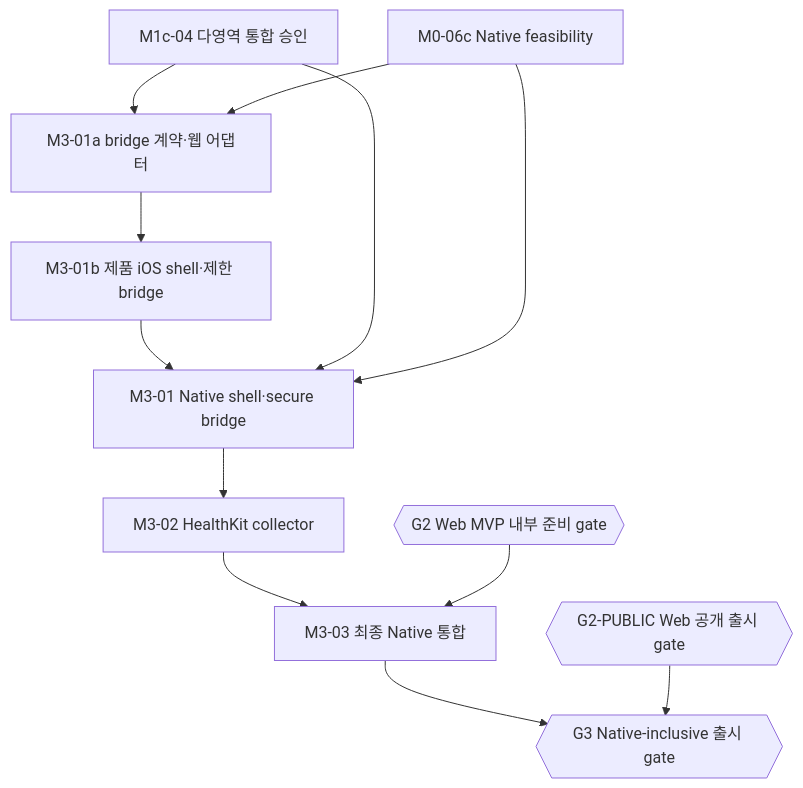
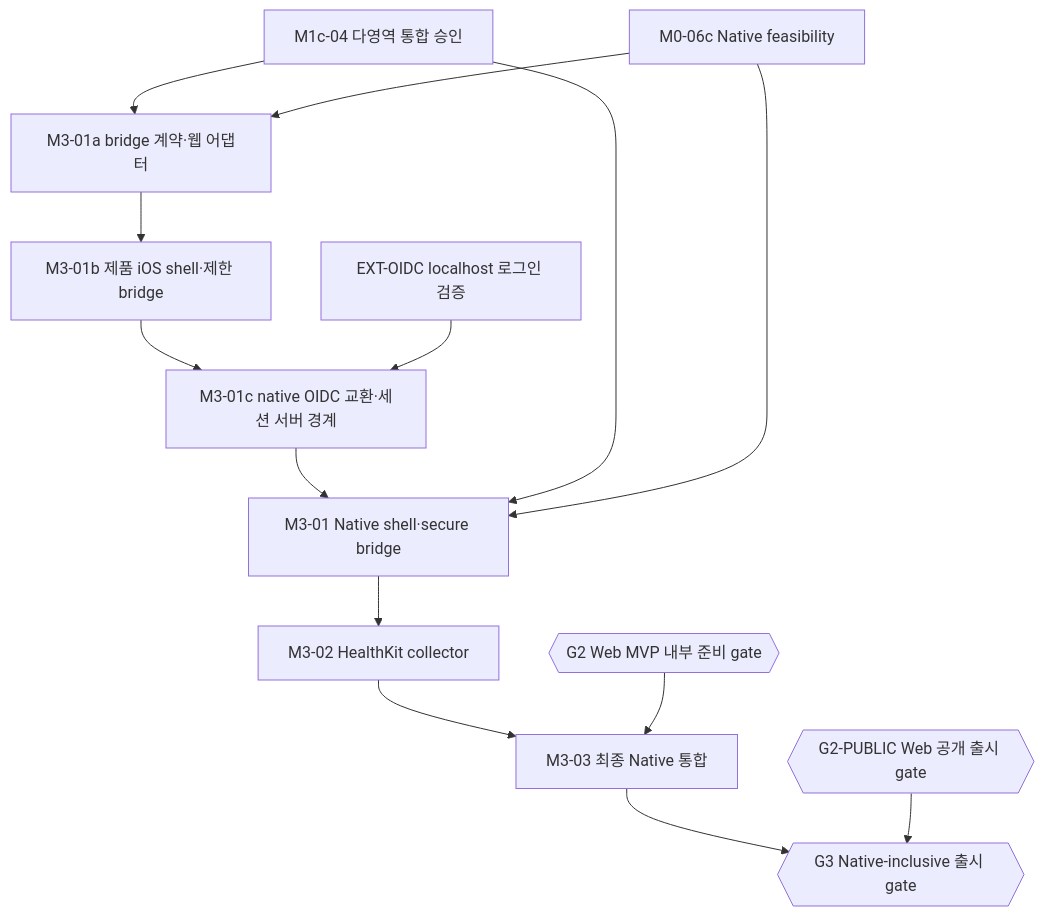
Before and after one commit to peacecheejecake/workout-manager: the third of 3 diagrams in docs/implementation/task-graph.md, drawn with Mermaid. The commit also changed other lines of this file and 14 other files, not shown here.

Commit message:
feat(native): add one-time OIDC exchange and isolated bearer sessions

````diff
--- a/docs/implementation/task-graph.md
+++ b/docs/implementation/task-graph.md
@@ -524,24 +524,28 @@
 ```mermaid
 flowchart TD
     task8["M0-06c Native feasibility"]
     task25["M1c-04 다영역 통합 승인"]
     task33{{"G2 Web MVP 내부 준비 gate"}}
     publicGate{{"G2-PUBLIC Web 공개 출시 gate"}}
     task34["M3-01 Native shell·secure bridge"]
     task34a["M3-01a bridge 계약·웹 어댑터"]
     task34b["M3-01b 제품 iOS shell·제한 bridge"]
+    task34c["M3-01c native OIDC 교환·세션 서버 경계"]
+    oidc["EXT-OIDC localhost 로그인 검증"]
     task35["M3-02 HealthKit collector"]
     task36["M3-03 최종 Native 통합"]
     task37{{"G3 Native-inclusive 출시 gate"}}
     task25 --> task34a
     task8 --> task34a
     task34a --> task34b
-    task34b --> task34
+    task34b --> task34c
+    oidc --> task34c
+    task34c --> task34
     task25 --> task34
     task8 --> task34
     task34 --> task35
     task35 --> task36
     task33 --> task36
     task36 --> task37
     publicGate --> task37
 ```
````
